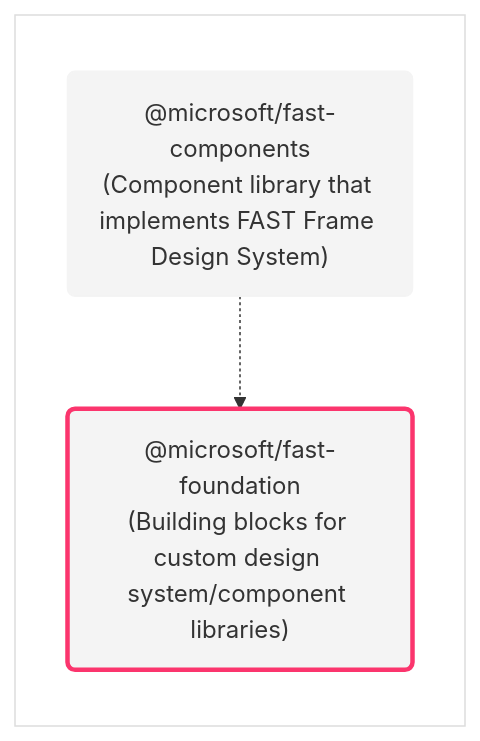
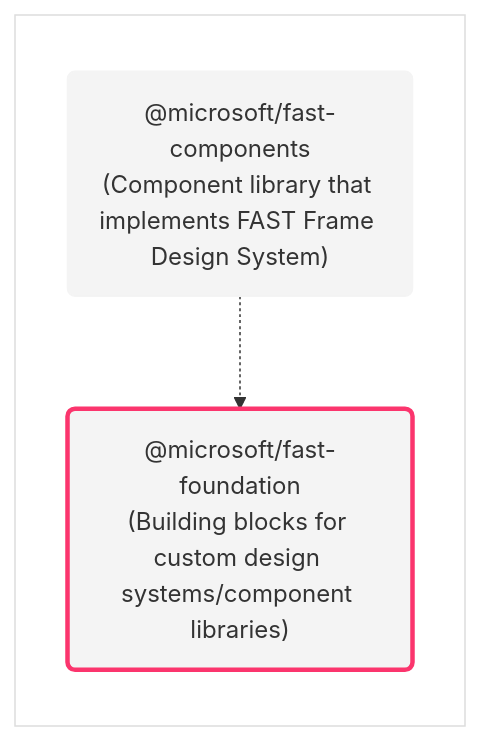
The second of 3 diagrams in sites/website/src/docs/introduction.md (microsoft/fast), drawn with Mermaid before and after one commit. The commit also changed other lines of this file, not shown here.

Commit message:
additonal minor updates to intro page text and diagrams

````diff
--- a/sites/website/src/docs/introduction.md
+++ b/sites/website/src/docs/introduction.md
@@ -45,13 +45,13 @@
 ```mermaid
 flowchart
   subgraph FAST [ ]
     direction TB
     FastComponents("@microsoft/fast-components\n(Component library that implements FAST Frame Design System)")
-    FastFoundation("@microsoft/fast-foundation\n(Building blocks for custom design system/component libraries)")
+    FastFoundation("@microsoft/fast-foundation\n(Building blocks for custom design systems/component libraries)")
     FastComponents -.-> FastFoundation
   end
 
   style FAST fill:transparent,stroke:#ddd
   style FastComponents fill:#f4f4f4,stroke:#f4f4f4,color:#333
   style FastFoundation fill:#f4f4f4,stroke:#fb356d,stroke-width:3px,color:#333
 ```
````
